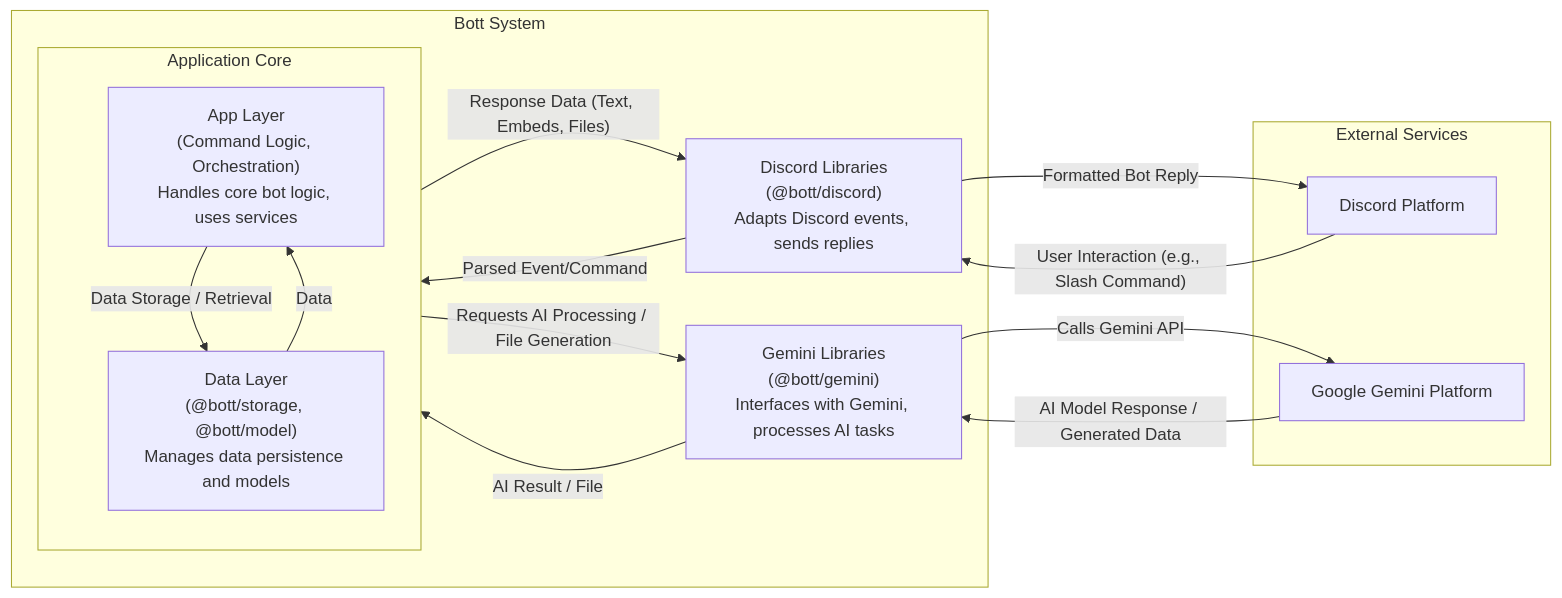
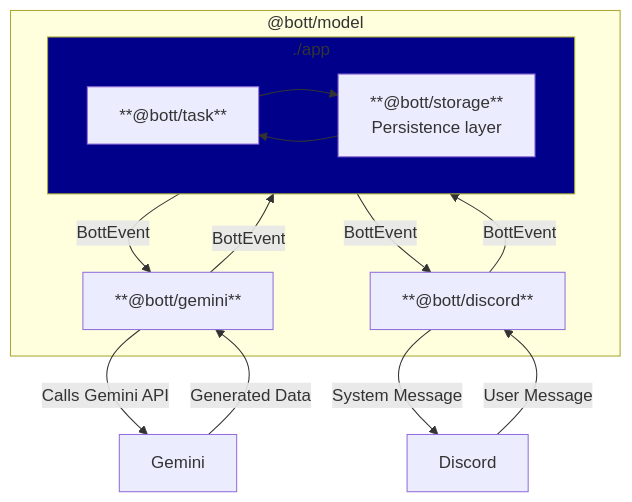
One commit to daniellacosse-code/Bott changed the diagram in README.md. Above: the diagram before and after it, drawn with Mermaid. The commit also changed other lines of this file and 9 other files, not shown here.

````diff
--- a/README.md
+++ b/README.md
@@ -31,32 +100,28 @@
 ```mermaid
-graph LR
-  subgraph "External Services"
-    DiscordPlatform["Discord Platform"]
-    GeminiPlatform["Google Gemini Platform"]
-  end
-
-  subgraph "Bott System"
-    BottDiscord["Discord Libraries<br>(@bott/discord)<br>Adapts Discord events, sends replies"]
+graph TD
+  subgraph "@bott/model"
+    BottDiscord["**@bott/discord**"]
     
-    subgraph "Application Core"
-      direction TB
-      BottAppLayer["App Layer<br>(Command Logic, Orchestration)<br>Handles core bot logic, uses services"]
-      BottDataLayer["Data Layer<br>(@bott/storage, @bott/model)<br>Manages data persistence and models"]
+    subgraph App["./app"]
+      BottAppLayer["**@bott/task**"]
+      BottDataLayer["**@bott/storage**<br>Persistence layer"]
       
-      BottAppLayer -- "Data Storage / Retrieval" --> BottDataLayer
-      BottDataLayer -- "Data" --> BottAppLayer
+      BottAppLayer --> BottDataLayer
+      BottDataLayer --> BottAppLayer
     end
     
-    BottGemini["Gemini Libraries<br>(@bott/gemini)<br>Interfaces with Gemini, processes AI tasks"]
+    BottGemini["**@bott/gemini**"]
   end
 
   %% Flow from Discord User to Bot and back
-  DiscordPlatform -- "User Interaction (e.g., Slash Command)" --> BottDiscord
-  BottDiscord -- "Parsed Event/Command" --> BottAppLayer
-  BottAppLayer -- "Requests AI Processing / File Generation" --> BottGemini
-  BottGemini -- "Calls Gemini API" --> GeminiPlatform
-  GeminiPlatform -- "AI Model Response / Generated Data" --> BottGemini
-  BottGemini -- "AI Result / File" --> BottAppLayer
-  BottAppLayer -- "Response Data (Text, Embeds, Files)" --> BottDiscord
-  BottDiscord -- "Formatted Bot Reply" --> DiscordPlatform
+  Discord -- "User Message" --> BottDiscord
+  BottDiscord -- "BottEvent" --> App
+  App -- "BottEvent" --> BottGemini
+  BottGemini -- "Calls Gemini API" --> Gemini
+  Gemini -- "Generated Data" --> BottGemini
+  BottGemini -- "BottEvent" --> App
+  App -- "BottEvent" --> BottDiscord
+  BottDiscord -- "System Message" --> Discord
+
+  style App fill:darkblue;
 ```
````
